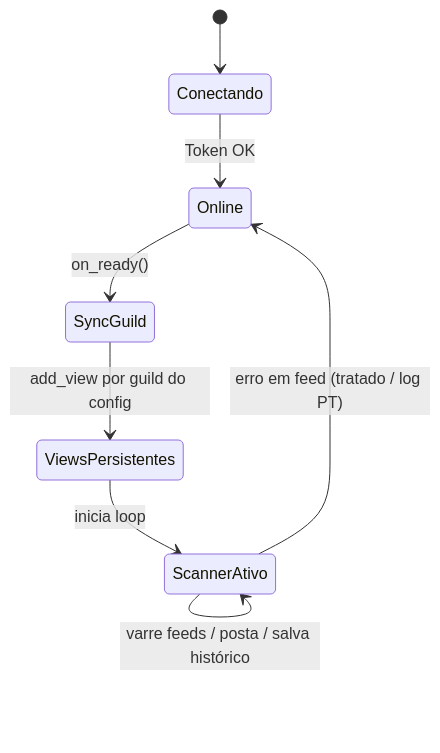
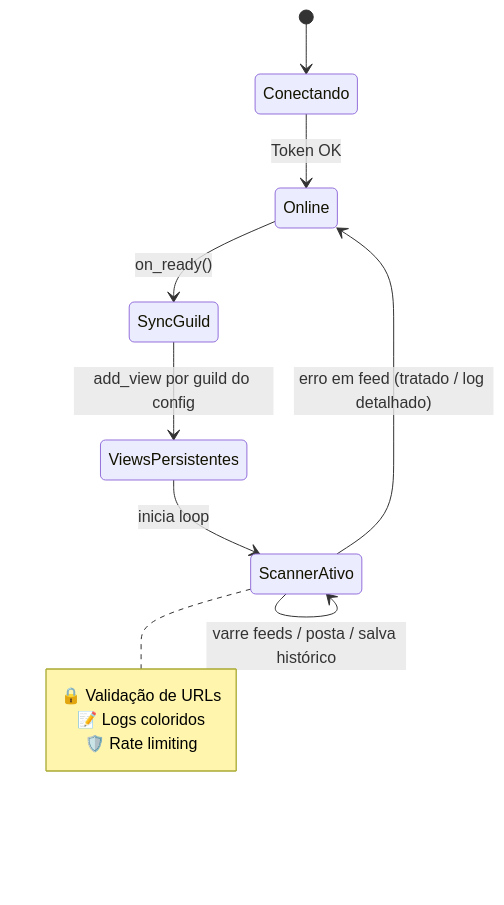
One commit to carmipa/gundam-news-discord changed the third of 5 diagrams in README.md. Above: the diagram before and after it, drawn with Mermaid. The commit also changed other lines of this file and 21 other files, not shown here.

````diff
--- a/README.md
+++ b/README.md
@@ -143,10 +202,16 @@
 ```mermaid
 stateDiagram-v2
-  [*] --> Conectando
-  Conectando --> Online: Token OK
-  Online --> SyncGuild: on_ready()
-  SyncGuild --> ViewsPersistentes: add_view por guild do config
-  ViewsPersistentes --> ScannerAtivo: inicia loop
-  ScannerAtivo --> ScannerAtivo: varre feeds / posta / salva histórico
-  ScannerAtivo --> Online: erro em feed (tratado / log PT)
+    [*] --> Conectando
+    Conectando --> Online: Token OK
+    Online --> SyncGuild: on_ready()
+    SyncGuild --> ViewsPersistentes: add_view por guild do config
+    ViewsPersistentes --> ScannerAtivo: inicia loop
+    ScannerAtivo --> ScannerAtivo: varre feeds / posta / salva histórico
+    ScannerAtivo --> Online: erro em feed (tratado / log detalhado)
+    
+    note right of ScannerAtivo
+        🔒 Validação de URLs
+        📝 Logs coloridos
+        🛡️ Rate limiting
+    end note
 ```
````
